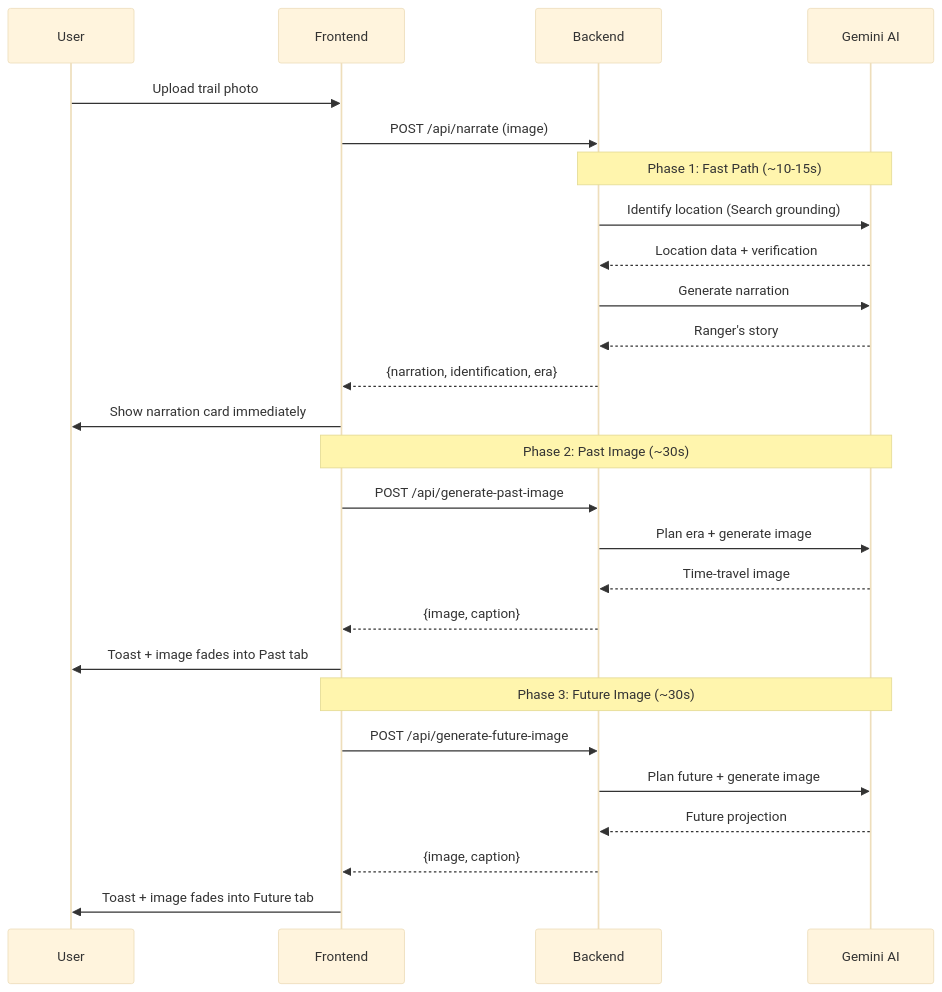
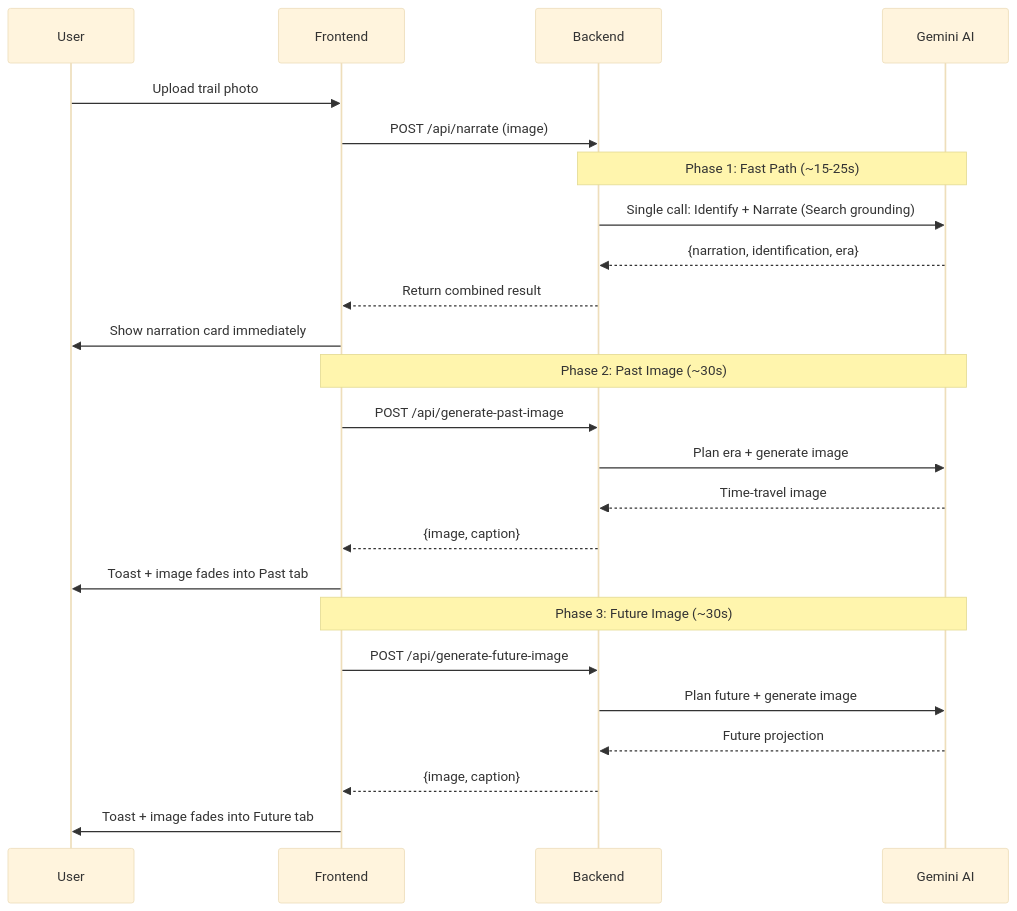
One commit to KrishnaSathvik/hackathongoogle changed the second of 2 diagrams in README.md. Above: the diagram before and after it, drawn with Mermaid (base theme). The commit also changed other lines of this file, not shown here.

First line of the commit message:
Update README with single-call narration optimization

````diff
--- a/README.md
+++ b/README.md
@@ -71,32 +70,30 @@
 ```mermaid
 sequenceDiagram
     participant U as User
     participant F as Frontend
     participant B as Backend
     participant G as Gemini AI
 
     U->>F: Upload trail photo
     F->>B: POST /api/narrate (image)
 
-    Note over B,G: Phase 1: Fast Path (~10-15s)
-    B->>G: Identify location (Search grounding)
-    G-->>B: Location data + verification
-    B->>G: Generate narration
-    G-->>B: Ranger's story
-    B-->>F: {narration, identification, era}
+    Note over B,G: Phase 1: Fast Path (~15-25s)
+    B->>G: Single call: Identify + Narrate (Search grounding)
+    G-->>B: {narration, identification, era}
+    B-->>F: Return combined result
     F->>U: Show narration card immediately
 
     Note over F,G: Phase 2: Past Image (~30s)
     F->>B: POST /api/generate-past-image
     B->>G: Plan era + generate image
     G-->>B: Time-travel image
     B-->>F: {image, caption}
     F->>U: Toast + image fades into Past tab
 
     Note over F,G: Phase 3: Future Image (~30s)
     F->>B: POST /api/generate-future-image
     B->>G: Plan future + generate image
     G-->>B: Future projection
     B-->>F: {image, caption}
     F->>U: Toast + image fades into Future tab
 ```
````
